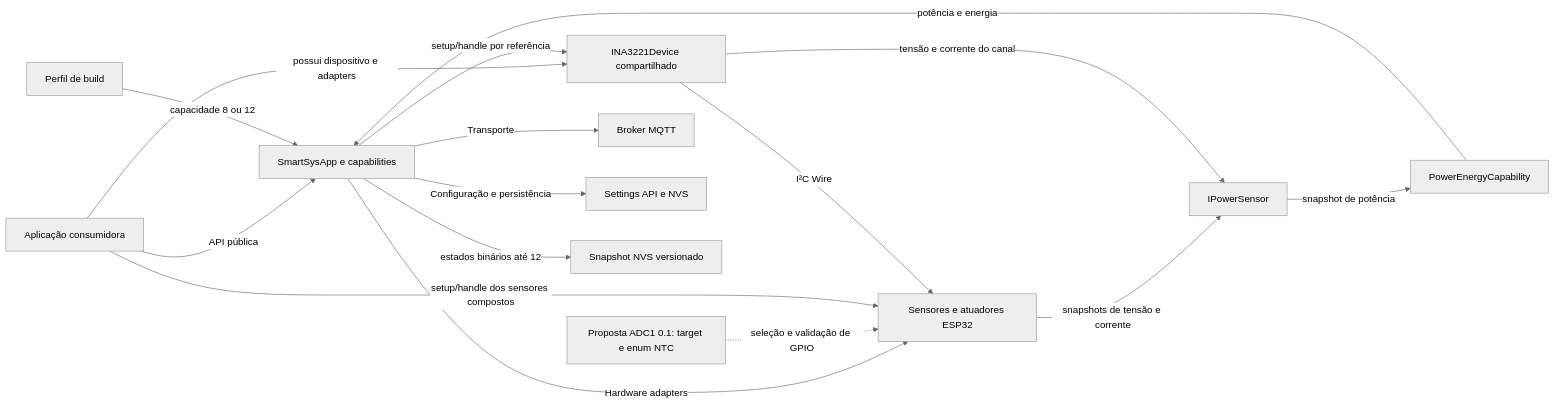
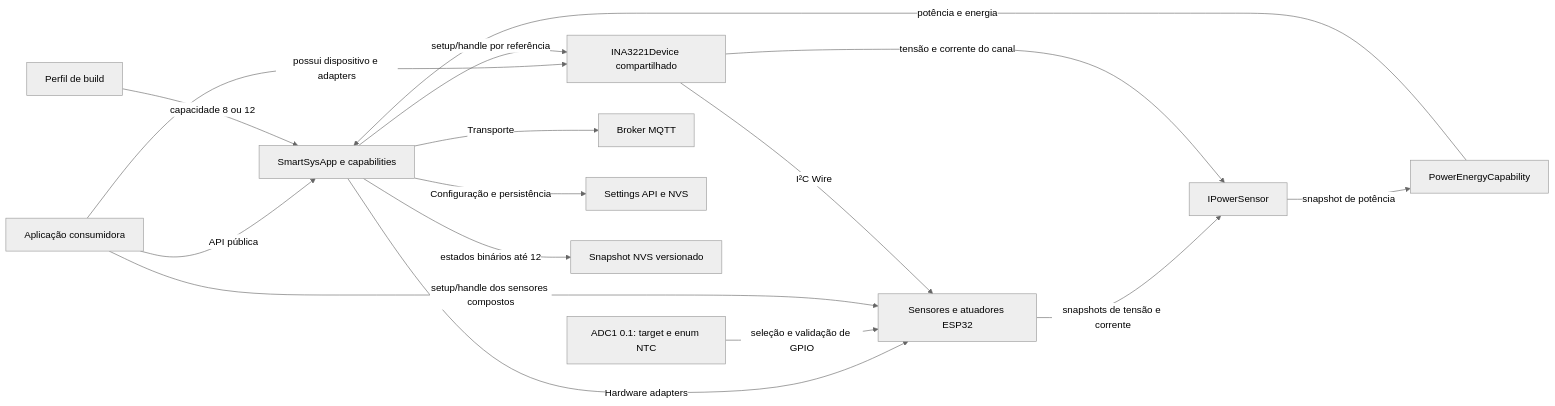
Before and after one commit to iotsmartsys/IoTSmartSysCore: the diagram in docs/rfc/KNOWLEDGE-MAP.md, drawn with Mermaid (neutral theme). The commit also changed other lines of this file and 13 other files, not shown here.

Commit message:
feat: support ESP32 ADC1 targets and typed NTC preset pins

````diff
--- a/docs/rfc/KNOWLEDGE-MAP.md
+++ b/docs/rfc/KNOWLEDGE-MAP.md
@@ -134,18 +138,18 @@
 ```mermaid
 flowchart LR
     APP["Aplicação consumidora"] -->|"API pública"| CORE["SmartSysApp e capabilities"]
     PROFILE["Perfil de build"] -->|"capacidade 8 ou 12"| CORE
     CORE -->|"Hardware adapters"| HW["Sensores e atuadores ESP32"]
-    ADC1["Proposta ADC1 0.1: target e enum NTC"] -.->|"seleção e validação de GPIO"| HW
+    ADC1["ADC1 0.1: target e enum NTC"] -->|"seleção e validação de GPIO"| HW
     APP -->|"setup/handle dos sensores compostos"| HW
     APP -->|"possui dispositivo e adapters"| INA["INA3221Device compartilhado"]
     CORE -->|"setup/handle por referência"| INA
     INA -->|"I²C Wire"| HW
     HW -->|"snapshots de tensão e corrente"| PSENSOR["IPowerSensor"]
     INA -->|"tensão e corrente do canal"| PSENSOR
     PSENSOR -->|"snapshot de potência"| POWER["PowerEnergyCapability"]
     POWER -->|"potência e energia"| CORE
     CORE -->|"Transporte"| MQTT["Broker MQTT"]
     CORE -->|"Configuração e persistência"| SETTINGS["Settings API e NVS"]
     CORE -->|"estados binários até 12"| BCS["Snapshot NVS versionado"]
 ```
````
